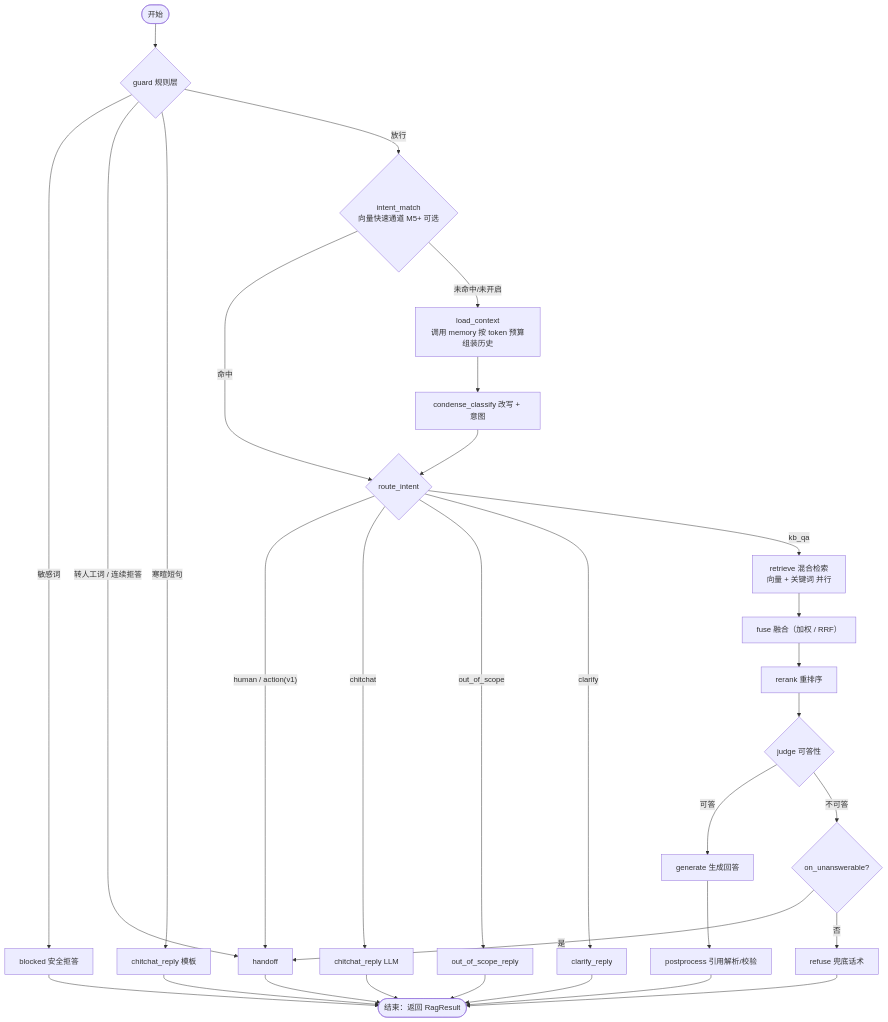
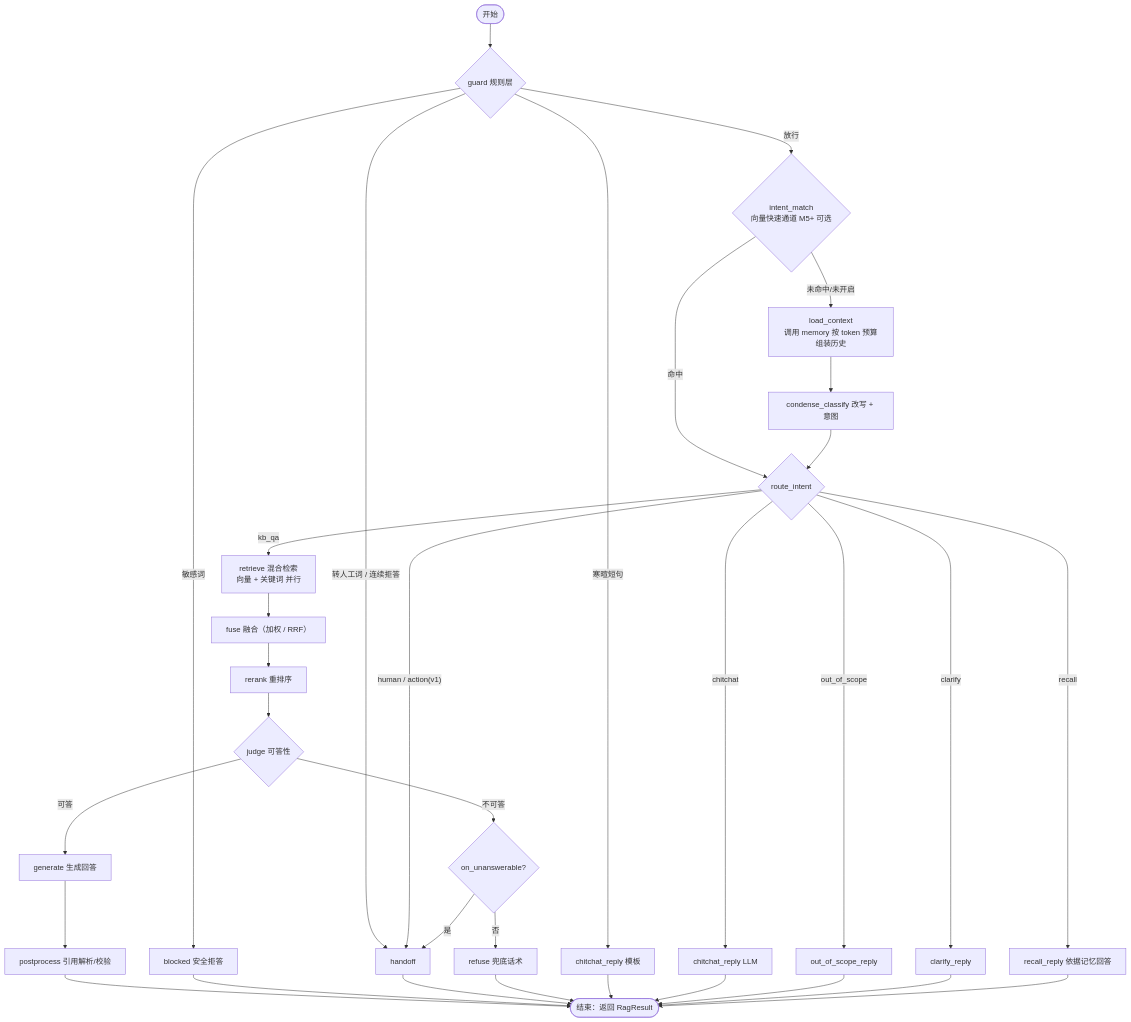
Before and after one commit to YKkksss/AIIntelligentCustomerService: the diagram in docs/02-architecture/03-RAG流程设计.md, drawn with Mermaid. The commit also changed other lines of this file and 22 other files, not shown here.

````diff
--- a/docs/02-architecture/03-RAG流程设计.md
+++ b/docs/02-architecture/03-RAG流程设计.md
@@ -7,27 +7,28 @@
 ```mermaid
 flowchart TD
   S([开始]) --> G{guard 规则层}
   G -- 敏感词 --> B[blocked 安全拒答]
   G -- 转人工词 / 连续拒答 --> H[handoff]
   G -- 寒暄短句 --> CT[chitchat_reply 模板]
   G -- 放行 --> V{intent_match<br/>向量快速通道 M5+ 可选}
   V -- 命中 --> RT
   V -- 未命中/未开启 --> LC[load_context<br/>调用 memory 按 token 预算组装历史]
   LC --> C[condense_classify 改写 + 意图]
   C --> RT{route_intent}
   RT -- human / action(v1) --> H
   RT -- chitchat --> CL[chitchat_reply LLM]
   RT -- out_of_scope --> O[out_of_scope_reply]
   RT -- clarify --> Q[clarify_reply]
+  RT -- recall --> RC[recall_reply 依据记忆回答]
   RT -- kb_qa --> R[retrieve 混合检索<br/>向量 + 关键词 并行]
   R --> F[fuse 融合（加权 / RRF）]
   F --> K[rerank 重排序]
   K --> J{judge 可答性}
   J -- 可答 --> A[generate 生成回答]
   J -- 不可答 --> X{on_unanswerable?}
   X -- 是 --> H
   X -- 否 --> N[refuse 兜底话术]
   A --> P[postprocess 引用解析/校验]
   P --> E([结束：返回 RagResult])
-  B & H & N & CT & CL & O & Q --> E
+  B & H & N & CT & CL & O & Q & RC --> E
 ```
````
